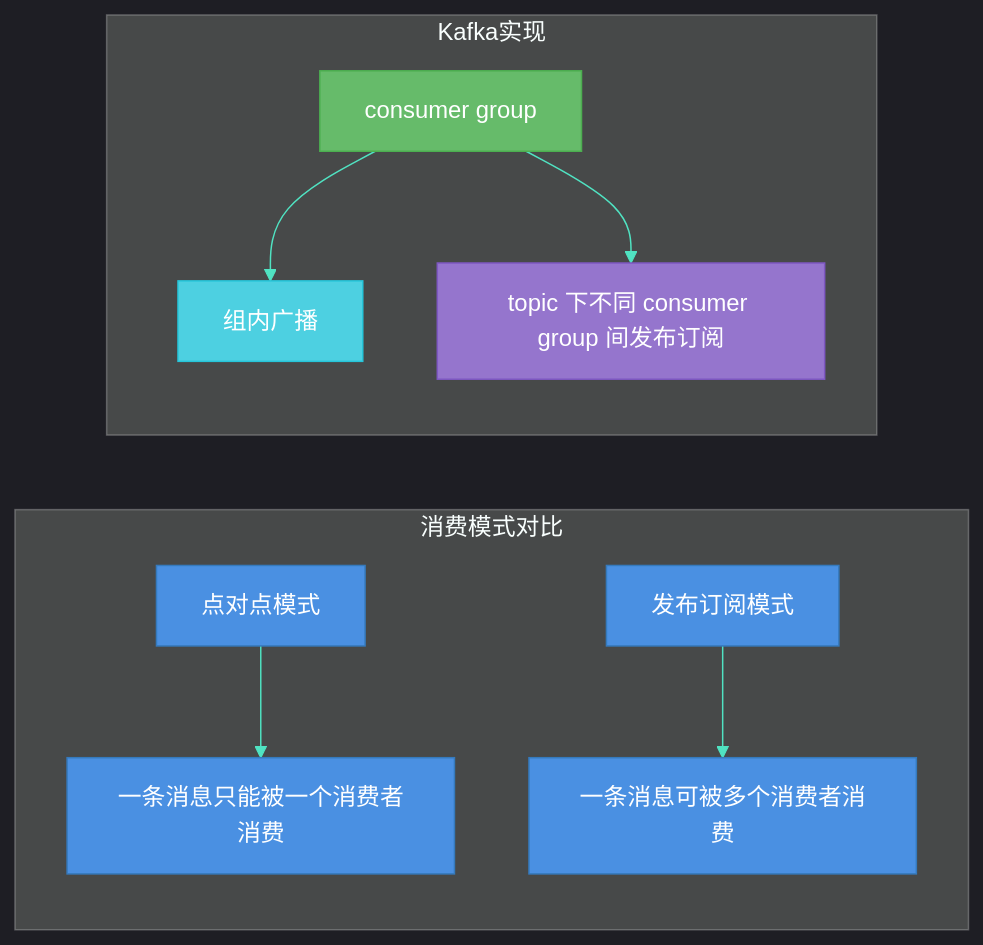
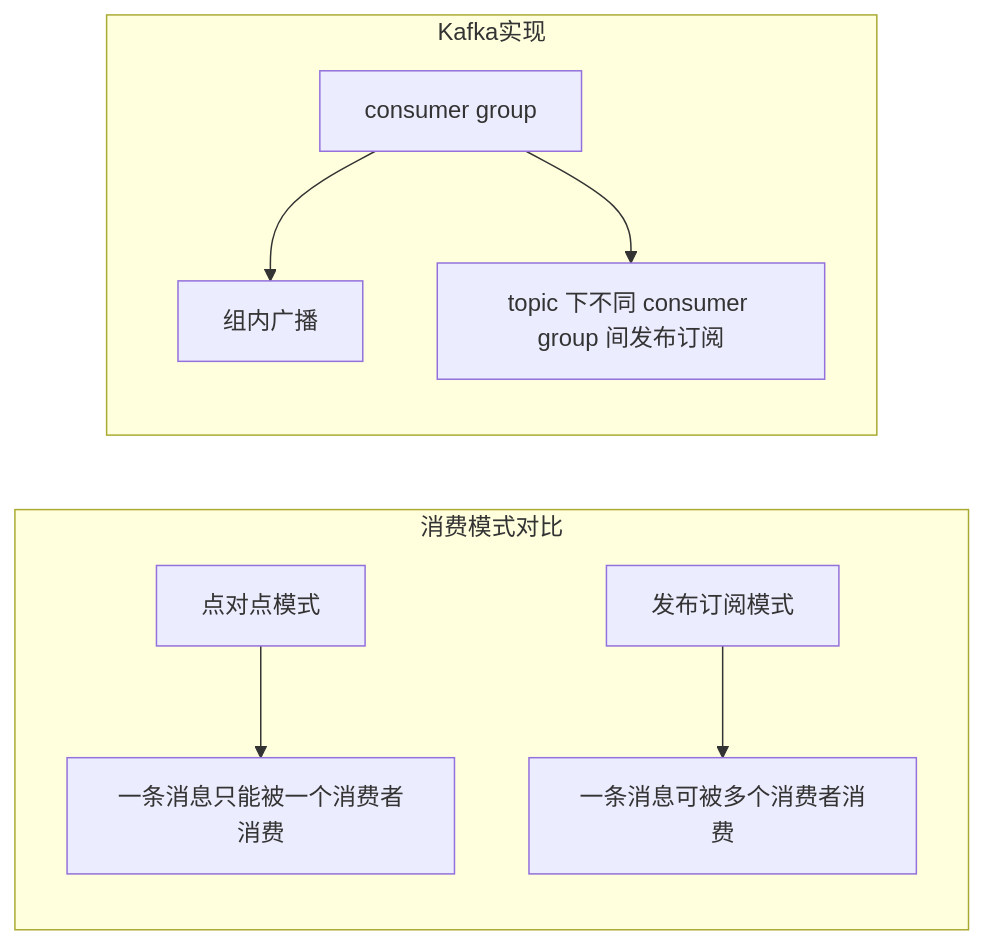
One commit to dd-xiaozhi/study-notes changed the third of 15 diagrams in 中间件/消息队列/kafka/第2章-核心原理.md. Above: the diagram before and after it, drawn with Mermaid. The commit also changed other lines of this file and 45 other files, not shown here.

````diff
--- a/中间件/消息队列/kafka/第2章-核心原理.md
+++ b/中间件/消息队列/kafka/第2章-核心原理.md
@@ -213,36 +203,26 @@
 ```mermaid
-%%{init: {'theme': 'dark', 'themeVariables': {
+%%{ init: { 'theme': 'dark', 'themeVariables': {
     'primaryColor': '#4A90E2',
     'primaryTextColor': '#fff',
     'primaryBorderColor': '#357ABD',
     'lineColor': '#50E3C2',
     'secondaryColor': '#66BB6A',
     'tertiaryColor': '#9575CD',
     'noteBkgColor': '#2C3E50',
     'noteTextColor': '#ECF0F1',
     'actorBkg': '#4A90E2',
     'actorBorder': '#357ABD',
     'signalColor': '#50E3C2',
     'signalTextColor': '#fff'
-}}}%%
+} }%%
 flowchart LR
-    classDef primary fill:#4A90E2,stroke:#357ABD,color:#fff
-    classDef success fill:#66BB6A,stroke:#4CAF50,color:#fff
-    classDef warning fill:#FFA726,stroke:#FB8C00,color:#fff
-    classDef danger fill:#EF5350,stroke:#E53935,color:#fff
-    classDef purple fill:#9575CD,stroke:#7E57C2,color:#fff
-    classDef cyan fill:#4DD0E1,stroke:#26C6DA,color:#fff
     subgraph 消费模式对比
         A1[点对点模式] --> A2[一条消息只能被一个消费者消费]
         B1[发布订阅模式] --> B2[一条消息可被多个消费者消费]
     end
 
     subgraph Kafka实现
         C1[consumer group] --> C2[组内广播]
         C1 --> C3[topic 下不同 consumer group 间发布订阅]
     end
-    class A1,A2,B1,B2 primary
-    class C1 success
-    class C2 cyan
-    class C3 purple
 ```
````
